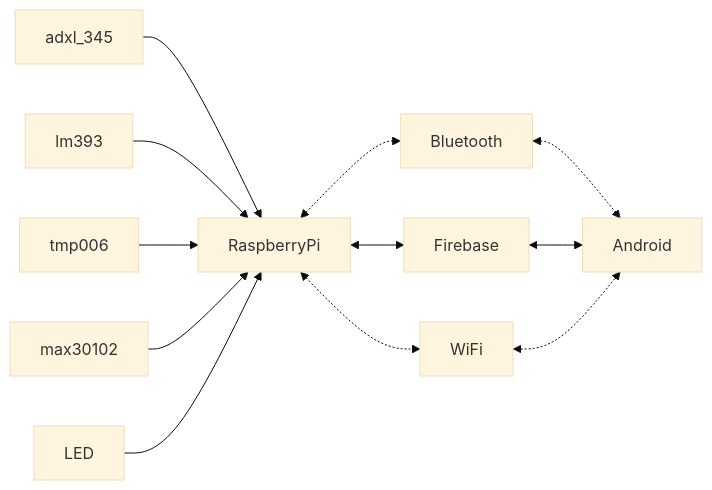
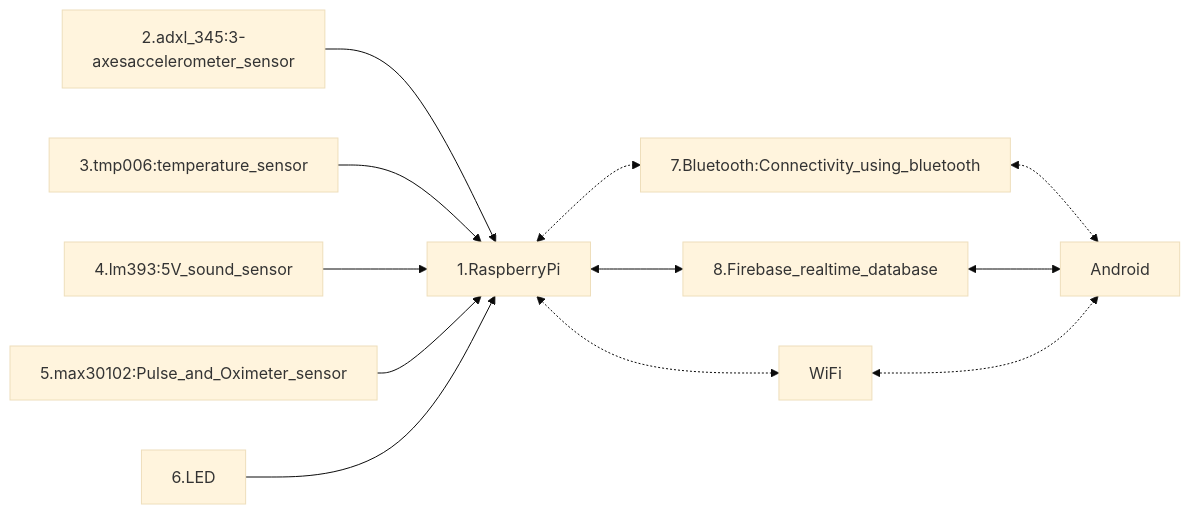
One commit to Naman-Pal/SIHMON changed the diagram in ceng355wk01proposal.md. Above: the diagram before and after it, drawn with Mermaid (base theme). The commit also changed other lines of this file, not shown here.

Commit message:
Numbered and labeled diagram ceng355wk01proposal.md
Added numbers to all components in the design approach diagram
Added a legend that briefly describes the function of each component

````diff
--- a/ceng355wk01proposal.md
+++ b/ceng355wk01proposal.md
@@ -102,16 +102,16 @@
 ```mermaid
 flowchart LR;
-adxl_345-->RaspberryPi;
-lm393-->RaspberryPi;
-tmp006-->RaspberryPi;
-max30102-->RaspberryPi;
-LED-->RaspberryPi;
+2.adxl_345:3-axesaccelerometer_sensor-->1.RaspberryPi;
+3.tmp006:temperature_sensor-->1.RaspberryPi;
+4.lm393:5V_sound_sensor-->1.RaspberryPi;
+5.max30102:Pulse_and_Oximeter_sensor-->1.RaspberryPi;
+6.LED-->1.RaspberryPi;
 
-RaspberryPi<-.->Bluetooth;
-Bluetooth<-.->Android;
-RaspberryPi<-->Firebase;
-Firebase<-->Android;
+1.RaspberryPi<-.->7.Bluetooth:Connectivity_using_bluetooth;
+7.Bluetooth:Connectivity_using_bluetooth<-.->Android;
+1.RaspberryPi<-->8.Firebase_realtime_database;
+8.Firebase_realtime_database<-->Android;
 WiFi<-.->Android;
-RaspberryPi<-.->WiFi;
+1.RaspberryPi<-.->WiFi;
 
 ```
````
